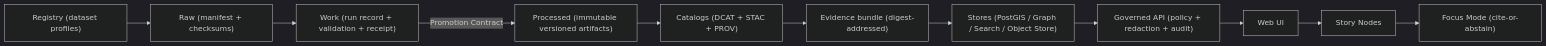
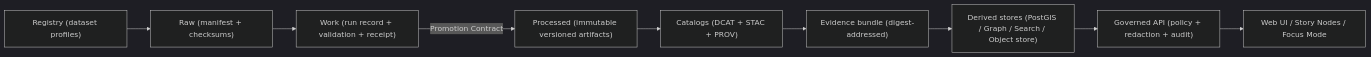
One commit to bartytime4life/Kansas-Frontier-Matrix changed the diagram in data/README.md. Above: the diagram before and after it, drawn with Mermaid (dark theme). The commit also changed other lines of this file, not shown here.

````diff
--- a/data/README.md
+++ b/data/README.md
@@ -216,13 +215,11 @@
 ```mermaid
 flowchart LR
   REG["Registry (dataset profiles)"] --> RAW["Raw (manifest + checksums)"]
   RAW --> WORK["Work (run record + validation + receipt)"]
   WORK -->|Promotion Contract| PROC["Processed (immutable versioned artifacts)"]
   PROC --> CATS["Catalogs (DCAT + STAC + PROV)"]
-  CATS --> BUNDLE["Evidence bundle (digest-addressed)"]
-  BUNDLE --> STORES["Stores (PostGIS / Graph / Search / Object Store)"]
+  CATS --> BNDL["Evidence bundle (digest-addressed)"]
+  BNDL --> STORES["Derived stores (PostGIS / Graph / Search / Object store)"]
   STORES --> API["Governed API (policy + redaction + audit)"]
-  API --> UI["Web UI"]
-  UI --> STORIES["Story Nodes"]
-  STORIES --> FOCUS["Focus Mode (cite-or-abstain)"]
+  API --> UI["Web UI / Story Nodes / Focus Mode"]
 ```
````
